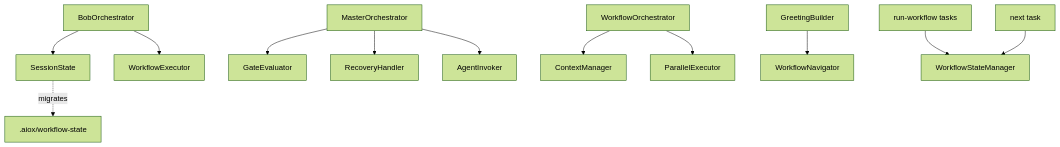
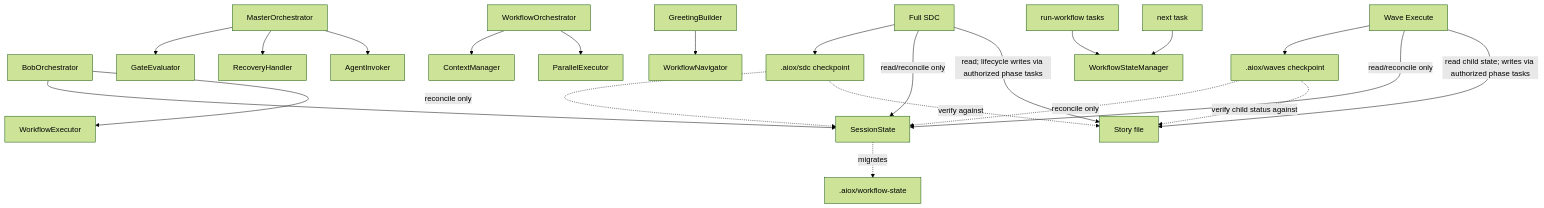
Before and after one commit to bychrisr/aios-docs: the diagram in content/en/docs/architecture/orchestration-hierarchy.mdx, drawn with Mermaid (forest theme). The commit also changed other lines of this file and 8 other files, not shown here.

````diff
--- a/content/en/docs/architecture/orchestration-hierarchy.mdx
+++ b/content/en/docs/architecture/orchestration-hierarchy.mdx
@@ -57,14 +77,24 @@
 ```mermaid
 graph TD
     Bob[BobOrchestrator] --> SessionState[SessionState]
     Bob --> WorkflowExecutor[WorkflowExecutor]
     Master[MasterOrchestrator] --> Gates[GateEvaluator]
     Master --> Recovery[RecoveryHandler]
     Master --> AgentInvoker[AgentInvoker]
     WorkflowOrchestrator[WorkflowOrchestrator] --> ContextManager[ContextManager]
     WorkflowOrchestrator --> ParallelExecutor[ParallelExecutor]
     Greeting[GreetingBuilder] --> Navigator[WorkflowNavigator]
+    FullSDC[Full SDC] --> SDCCheckpoint[".aiox/sdc checkpoint"]
+    WaveExecute[Wave Execute] --> WaveCheckpoint[".aiox/waves checkpoint"]
+    FullSDC -->|read/reconcile only| SessionState
+    WaveExecute -->|read/reconcile only| SessionState
+    FullSDC -->|read; lifecycle writes via authorized phase tasks| StoryFile[Story file]
+    WaveExecute -->|read child state; writes via authorized phase tasks| StoryFile
+    SDCCheckpoint -.->|reconcile only| SessionState
+    WaveCheckpoint -.->|reconcile only| SessionState
+    SDCCheckpoint -.->|verify against| StoryFile
+    WaveCheckpoint -.->|verify child status against| StoryFile
     RunWorkflow[run-workflow tasks] --> LegacyState[WorkflowStateManager]
     Next[next task] --> LegacyState
     SessionState -. migrates .-> LegacyDir[.aiox/workflow-state]
 ```
````
